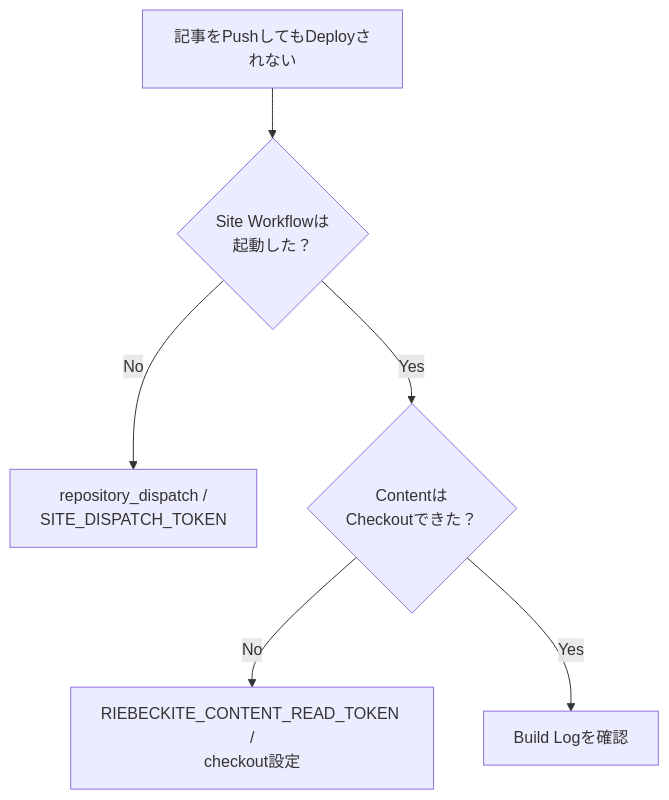
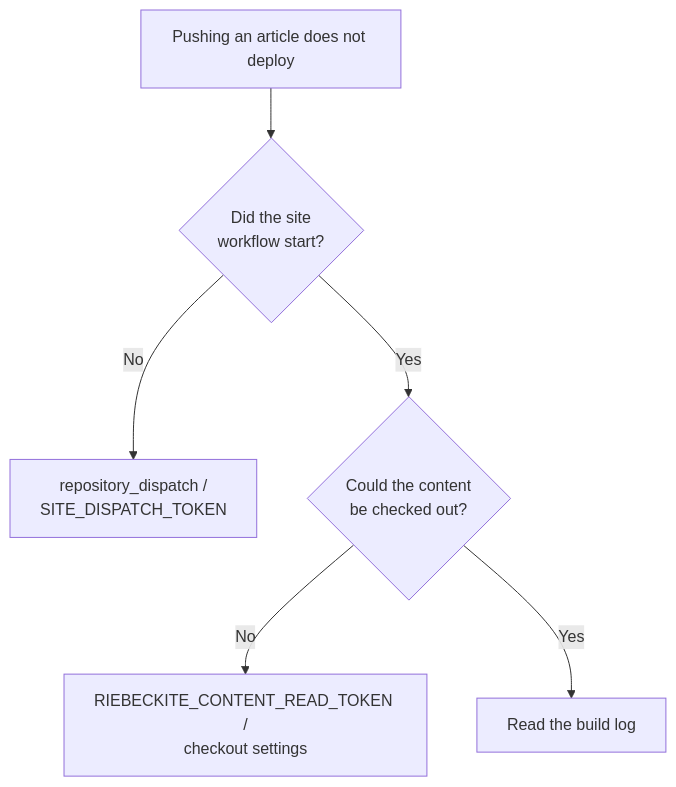
Before and after one commit to Rerurate514/riebeckite: diagram 12 of 13 in docs/docs/guides/deployment/separate-content-repository.md, drawn with Mermaid. The commit also changed other lines of this file and 604 other files, not shown here.

````diff
--- a/docs/docs/guides/deployment/separate-content-repository.md
+++ b/docs/docs/guides/deployment/separate-content-repository.md
@@ -1219,12 +607,12 @@
-```mermaid id="wvxw1v"
+```mermaid
 flowchart TD
-    Problem["記事をPushしてもDeployされない"]
+    Problem["Pushing an article does not deploy"]
 
-    Problem --> Running{"Site Workflowは<br/>起動した？"}
+    Problem --> Running{"Did the site<br/>workflow start?"}
 
     Running -->|"No"| Dispatch["repository_dispatch /<br/>SITE_DISPATCH_TOKEN"]
-    Running -->|"Yes"| Content{"Contentは<br/>Checkoutできた？"}
+    Running -->|"Yes"| Content{"Could the content<br/>be checked out?"}
 
-    Content -->|"No"| Token["RIEBECKITE_CONTENT_READ_TOKEN /<br/>checkout設定"]
-    Content -->|"Yes"| Build["Build Logを確認"]
+    Content -->|"No"| Token["RIEBECKITE_CONTENT_READ_TOKEN /<br/>checkout settings"]
+    Content -->|"Yes"| Build["Read the build log"]
 ```
````
